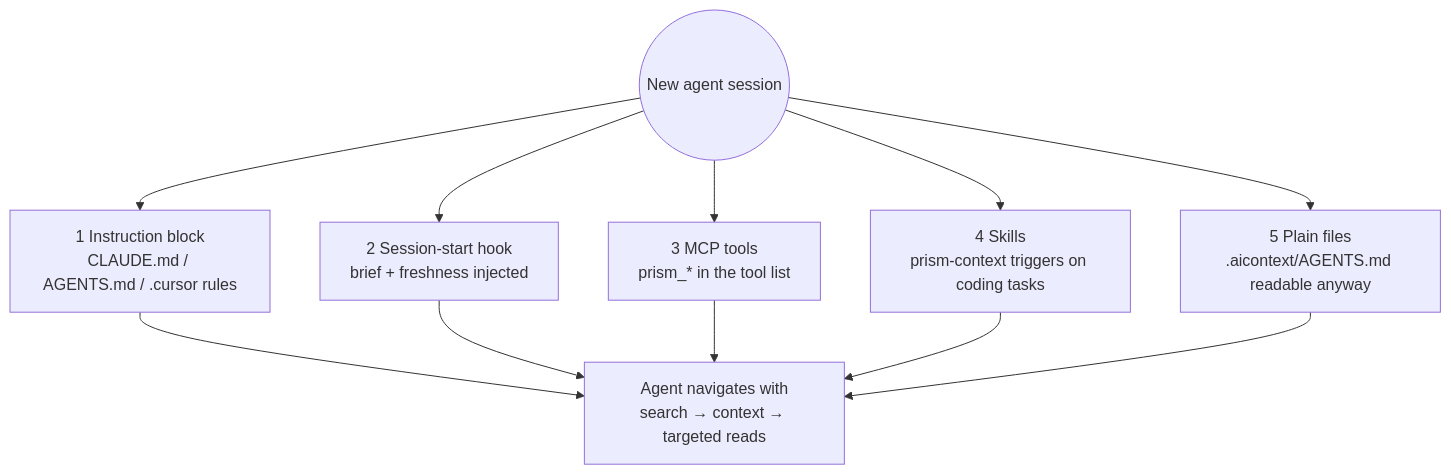
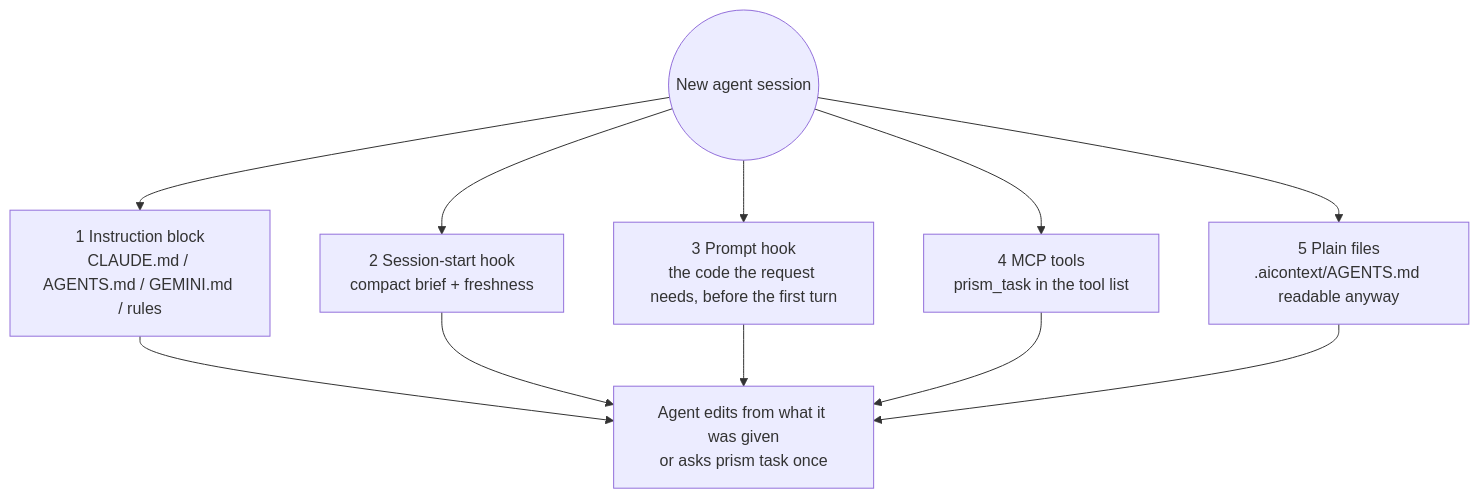
Before and after one commit to Aashutosh-Mahajan/prism: the diagram in docs/agents.md, drawn with Mermaid. The commit also changed other lines of this file, not shown here.

Commit message:
docs: describe agent integrations, hooks and the lean MCP profile

````diff
--- a/docs/agents.md
+++ b/docs/agents.md
@@ -37,9 +47,9 @@
 ```mermaid
 flowchart TB
-    S((New agent session)) --> L1["1 Instruction block<br/>CLAUDE.md / AGENTS.md / .cursor rules"]
-    S --> L2["2 Session-start hook<br/>brief + freshness injected"]
-    S --> L3["3 MCP tools<br/>prism_* in the tool list"]
-    S --> L4["4 Skills<br/>prism-context triggers on coding tasks"]
+    S((New agent session)) --> L1["1 Instruction block<br/>CLAUDE.md / AGENTS.md / GEMINI.md / rules"]
+    S --> L2["2 Session-start hook<br/>compact brief + freshness"]
+    S --> L3["3 Prompt hook<br/>the code the request needs, before the first turn"]
+    S --> L4["4 MCP tools<br/>prism_task in the tool list"]
     S --> L5["5 Plain files<br/>.aicontext/AGENTS.md readable anyway"]
-    L1 & L2 & L3 & L4 & L5 --> W["Agent navigates with<br/>search → context → targeted reads"]
+    L1 & L2 & L3 & L4 & L5 --> W["Agent edits from what it was given<br/>or asks prism task once"]
 ```
````
